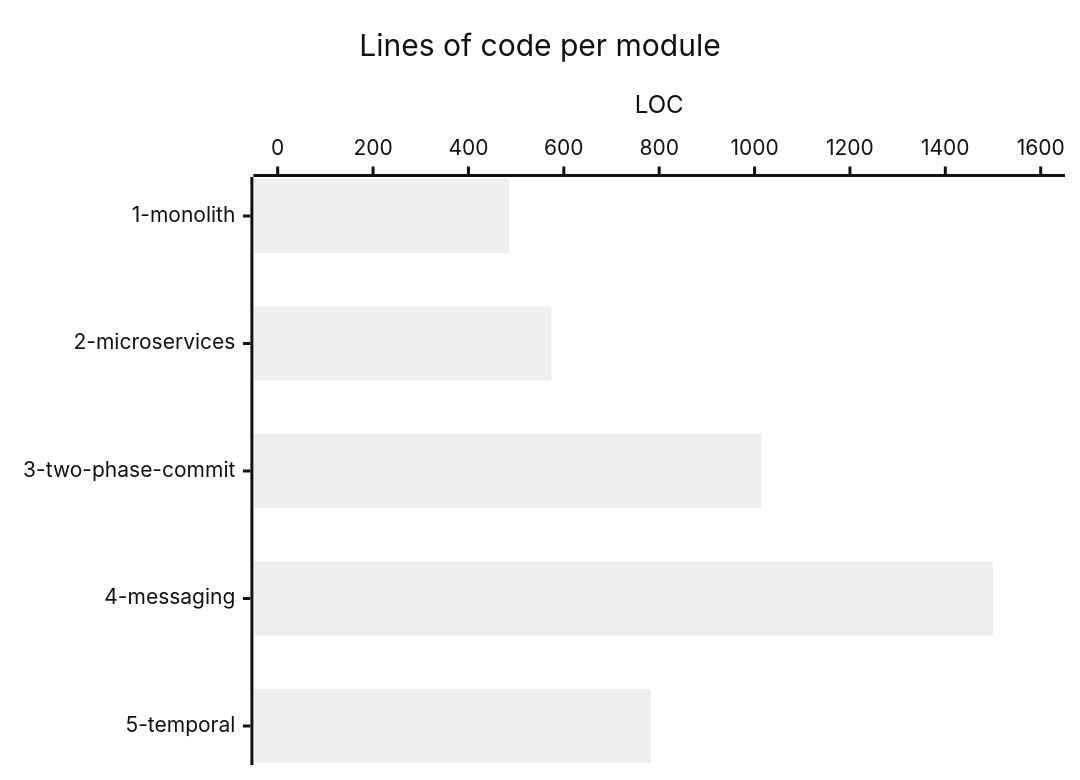
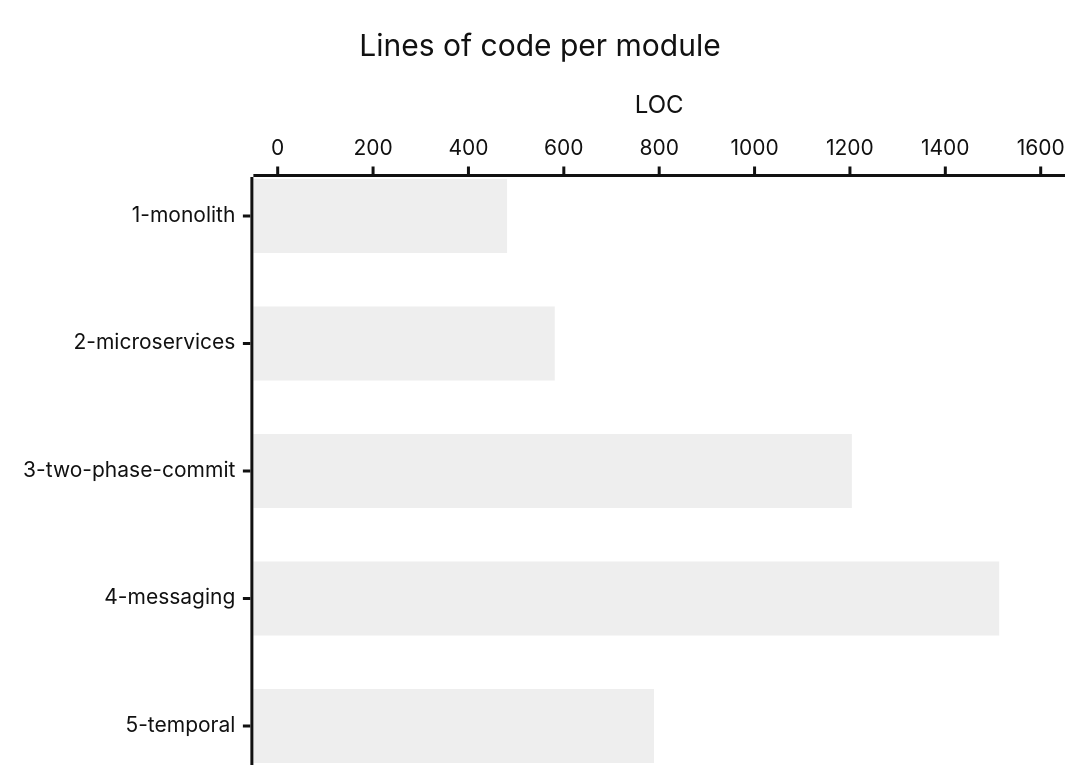
Before and after one commit to alexandreroman/durable-money: the diagram in README.md, drawn with Mermaid (neutral theme). The commit also changed other lines of this file and 7 other files, not shown here.

````diff
--- a/README.md
+++ b/README.md
@@ -160,7 +160,7 @@
 ```mermaid
 xychart-beta horizontal
     title "Lines of code per module"
     x-axis ["1-monolith", "2-microservices", "3-two-phase-commit", "4-messaging", "5-temporal"]
     y-axis "LOC" 0 --> 1600
-    bar [485, 574, 1014, 1500, 783]
+    bar [481, 581, 1204, 1513, 789]
 ```
````
